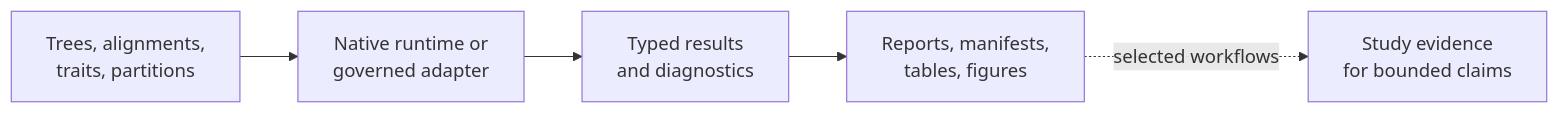
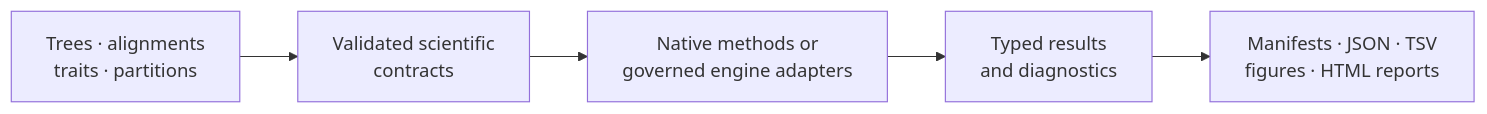
Before and after one commit to bijux/bijux-phylogenetics: the diagram in README.md, drawn with Mermaid. The commit also changed other lines of this file and 2 other files, not shown here.

Commit message:
docs(guide): present the scientific runtime directly

````diff
--- a/README.md
+++ b/README.md
@@ -36,11 +31,10 @@
 ```mermaid
 flowchart LR
-    inputs["Trees, alignments,<br/>traits, partitions"]
-    runtime["Native runtime or<br/>governed adapter"]
+    data["Trees · alignments<br/>traits · partitions"]
+    contracts["Validated scientific<br/>contracts"]
+    methods["Native methods or<br/>governed engine adapters"]
     results["Typed results<br/>and diagnostics"]
-    artifacts["Reports, manifests,<br/>tables, figures"]
-    evidence["Study evidence<br/>for bounded claims"]
+    outputs["Manifests · JSON · TSV<br/>figures · HTML reports"]
 
-    inputs --> runtime --> results --> artifacts
-    artifacts -. selected workflows .-> evidence
+    data --> contracts --> methods --> results --> outputs
 ```
````
